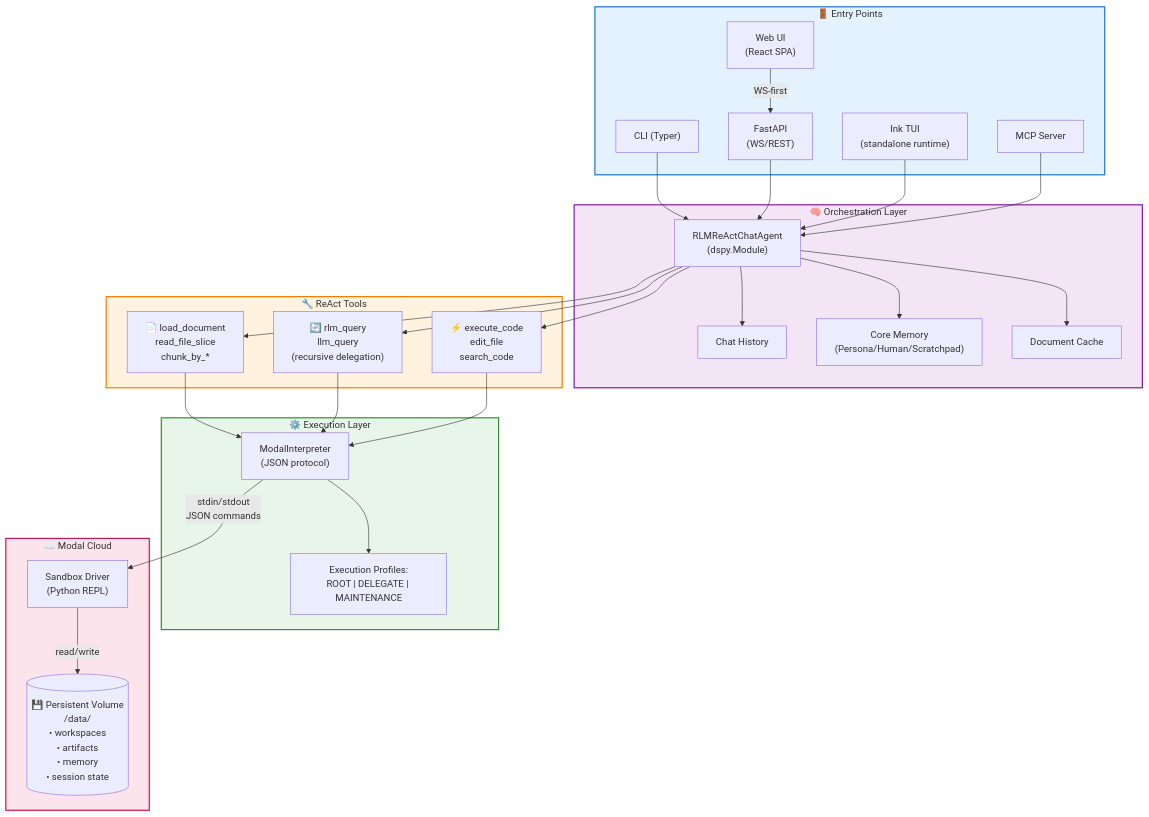
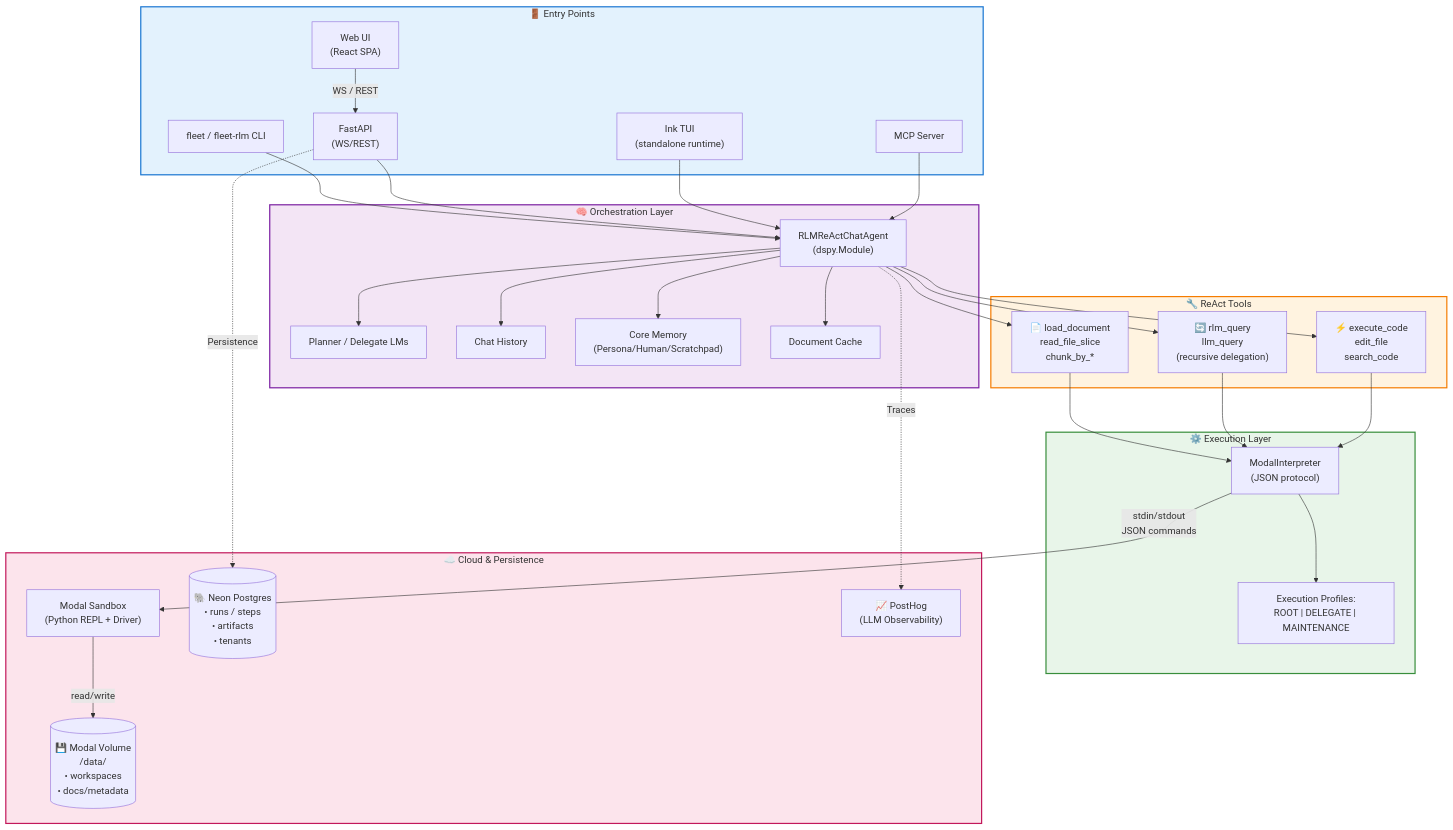
Before and after one commit to Qredence/fleet-rlm: the diagram in README.md, drawn with Mermaid. The commit also changed other lines of this file and 27 other files, not shown here.

````diff
--- a/README.md
+++ b/README.md
@@ -86,61 +86,68 @@
 ```mermaid
 graph TB
     subgraph entry ["🚪 Entry Points"]
-        CLI["CLI (Typer)"]
+        CLI["fleet / fleet-rlm CLI"]
         WebUI["Web UI<br/>(React SPA)"]
         API["FastAPI<br/>(WS/REST)"]
         TUI["Ink TUI<br/>(standalone runtime)"]
         MCP["MCP Server"]
     end
 
     subgraph orchestration ["🧠 Orchestration Layer"]
         Agent["RLMReActChatAgent<br/>(dspy.Module)"]
+        LMs["Planner / Delegate LMs"]
         History["Chat History"]
         Memory["Core Memory<br/>(Persona/Human/Scratchpad)"]
         DocCache["Document Cache"]
     end
 
     subgraph tools ["🔧 ReAct Tools"]
         DocTools["📄 load_document<br/>read_file_slice<br/>chunk_by_*"]
         RecursiveTools["🔄 rlm_query<br/>llm_query<br/>(recursive delegation)"]
         ExecTools["⚡ execute_code<br/>edit_file<br/>search_code"]
     end
 
     subgraph execution ["⚙️ Execution Layer"]
         Interpreter["ModalInterpreter<br/>(JSON protocol)"]
         Profiles["Execution Profiles:<br/>ROOT | DELEGATE | MAINTENANCE"]
     end
 
-    subgraph cloud ["☁️ Modal Cloud"]
-        Sandbox["Sandbox Driver<br/>(Python REPL)"]
-        Volume[("💾 Persistent Volume<br/>/data/<br/>• workspaces<br/>• artifacts<br/>• memory<br/>• session state")]
+    subgraph cloud ["☁️ Cloud & Persistence"]
+        Sandbox["Modal Sandbox<br/>(Python REPL + Driver)"]
+        Volume[("💾 Modal Volume<br/>/data/<br/>• workspaces<br/>• docs/metadata")]
+        Neon[("🐘 Neon Postgres<br/>• runs / steps<br/>• artifacts<br/>• tenants")]
+        PostHog["📈 PostHog<br/>(LLM Observability)"]
     end
 
-    WebUI -->|"WS-first"| API
+    WebUI -->|"WS / REST"| API
     CLI --> Agent
     API --> Agent
     TUI --> Agent
     MCP --> Agent
 
+    Agent --> LMs
     Agent --> History
     Agent --> Memory
     Agent --> DocCache
 
     Agent --> DocTools
     Agent --> RecursiveTools
     Agent --> ExecTools
+
+    API -.->|"Persistence"| Neon
+    Agent -.->|"Traces"| PostHog
 
     DocTools --> Interpreter
     RecursiveTools --> Interpreter
     ExecTools --> Interpreter
 
     Interpreter --> Profiles
     Interpreter -->|"stdin/stdout<br/>JSON commands"| Sandbox
     Sandbox -->|"read/write"| Volume
 
     style entry fill:#e3f2fd,stroke:#1976d2,stroke-width:2px
     style orchestration fill:#f3e5f5,stroke:#7b1fa2,stroke-width:2px
     style tools fill:#fff3e0,stroke:#f57c00,stroke-width:2px
     style execution fill:#e8f5e9,stroke:#388e3c,stroke-width:2px
     style cloud fill:#fce4ec,stroke:#c2185b,stroke-width:2px
 ```
````
